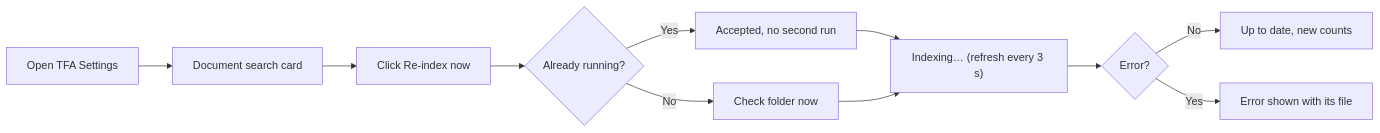
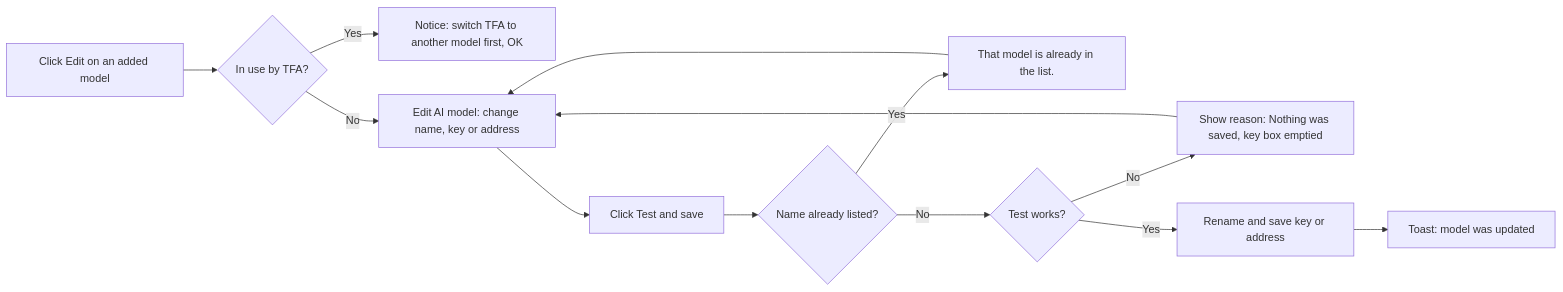
Before and after one commit to jojogeorge3344/TaskFlow-Project: the fourth of 4 diagrams in TF - Documents/TF - BRD/06-Settings/06.3-TFA-Settings/BRD-TFA-Settings.md, drawn with Mermaid. The commit also changed other lines of this file and 103 other files, not shown here.

First line of the commit message:
feat(tfa): add AI model page, model ID check, read-only model list and edit

````diff
--- a/TF - Documents/TF - BRD/06-Settings/06.3-TFA-Settings/BRD-TFA-Settings.md
+++ b/TF - Documents/TF - BRD/06-Settings/06.3-TFA-Settings/BRD-TFA-Settings.md
@@ -257,13 +295,13 @@
 ```mermaid
 flowchart LR
-  A["Open TFA Settings"] --> B["Document search card"]
-  B --> C["Click Re-index now"]
-  C --> D{"Already running?"}
-  D -- Yes --> E["Accepted, no second run"]
-  D -- No --> F["Check folder now"]
-  E --> G["Indexing… (refresh every 3 s)"]
-  F --> G
-  G --> H{"Error?"}
-  H -- No --> I["Up to date, new counts"]
-  H -- Yes --> J["Error shown with its file"]
+  A["Click Edit on an added model"] --> B{"In use by TFA?"}
+  B -- Yes --> C["Notice: switch TFA to another model first, OK"]
+  B -- No --> D["Edit AI model: change name, key or address"]
+  D --> E["Click Test and save"]
+  E --> F{"Name already listed?"}
+  F -- Yes --> G["That model is already in the list."] --> D
+  F -- No --> H{"Test works?"}
+  H -- No --> I["Show reason: Nothing was saved, key box emptied"] --> D
+  H -- Yes --> J["Rename and save key or address"]
+  J --> K["Toast: model was updated"]
 ```
````
